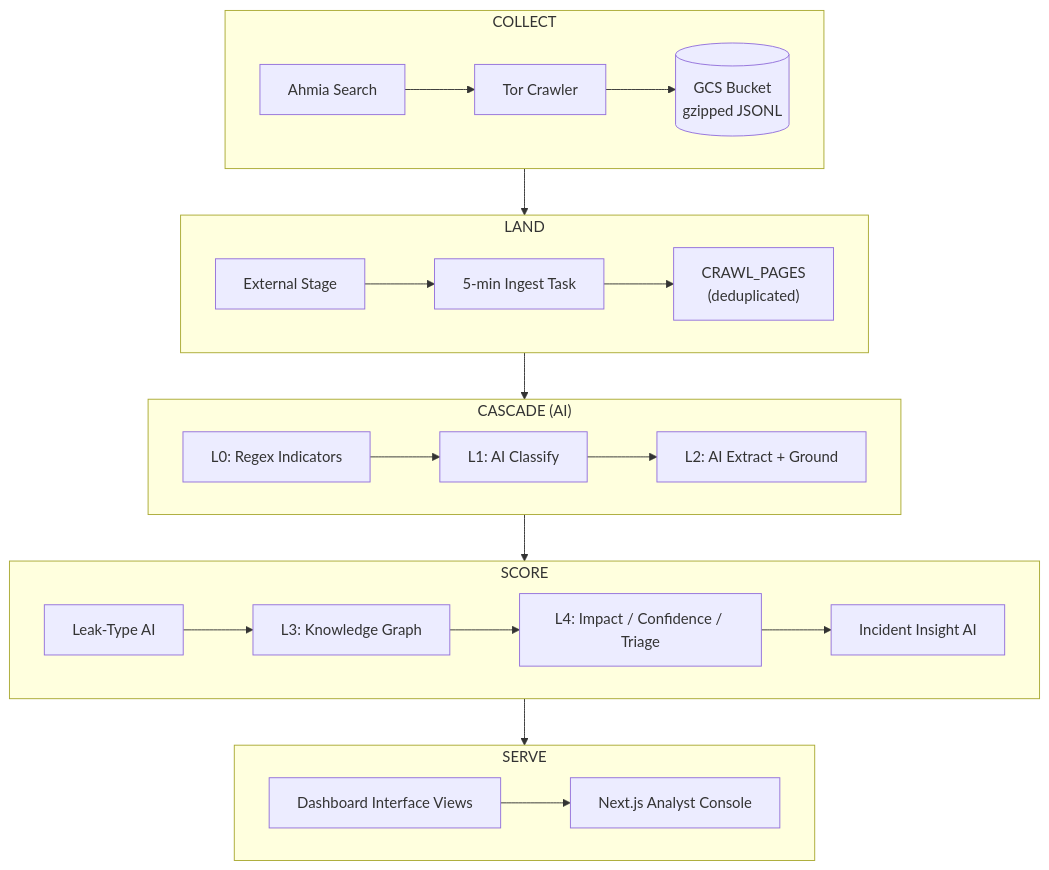
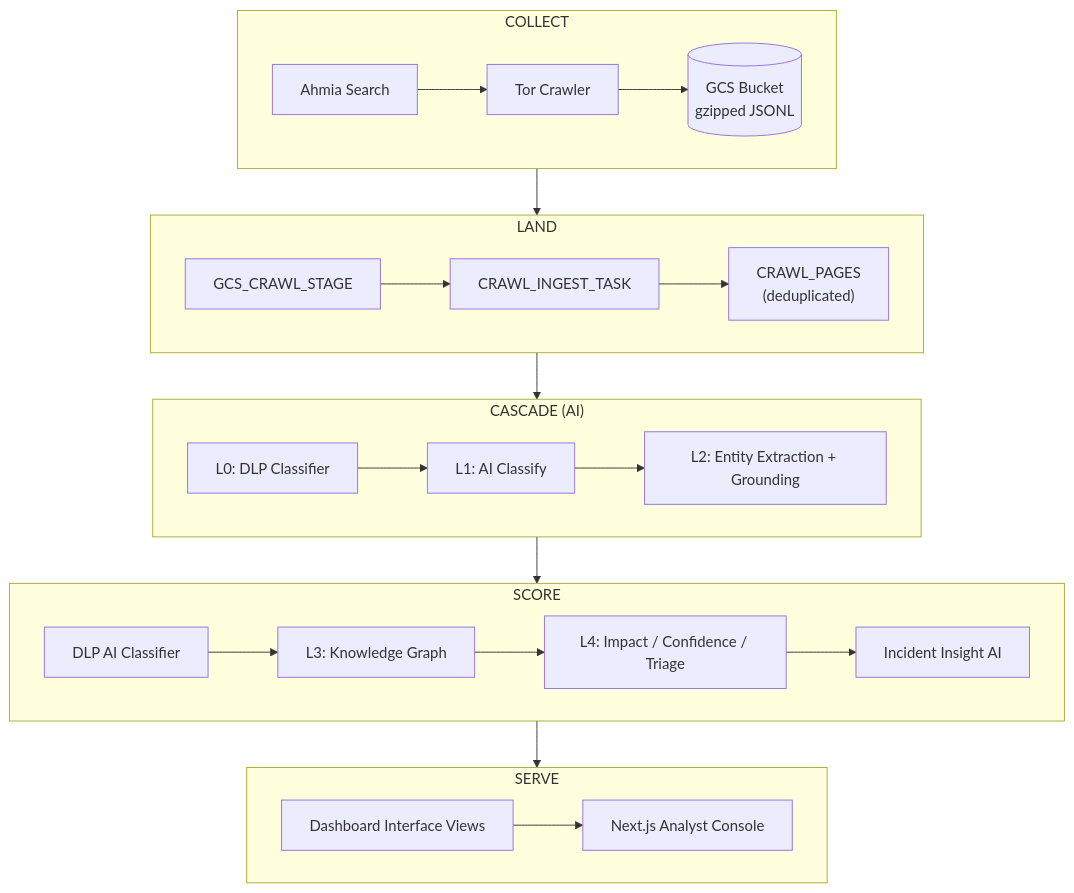
Before and after one commit to Muskankalonia/nocturne: the diagram in README.md, drawn with Mermaid.

Commit message:
Update architecture diagram: use DLP Classifier, Entity Extraction, actual Snowflake object names
.... Generated with [Cortex Code](https://docs.snowflake.com/en/user-guide/cortex-code/cortex-code)

````diff
--- a/README.md
+++ b/README.md
@@ -29,34 +29,34 @@
 ```mermaid
 flowchart TB
   subgraph collect ["COLLECT"]
     direction LR
     Ahmia["Ahmia Search"] --> Crawler["Tor Crawler"]
     Crawler --> GCS[("GCS Bucket\ngzipped JSONL")]
   end
 
   subgraph land ["LAND"]
     direction LR
-    Stage["External Stage"] --> Ingest["5-min Ingest Task"]
+    Stage["GCS_CRAWL_STAGE"] --> Ingest["CRAWL_INGEST_TASK"]
     Ingest --> Raw["CRAWL_PAGES\n(deduplicated)"]
   end
 
   subgraph cascade ["CASCADE (AI)"]
     direction LR
-    L0["L0: Regex Indicators"] --> L1["L1: AI Classify"]
-    L1 --> L2["L2: AI Extract + Ground"]
+    L0["L0: DLP Classifier"] --> L1["L1: AI Classify"]
+    L1 --> L2["L2: Entity Extraction + Grounding"]
   end
 
   subgraph score ["SCORE"]
     direction LR
-    LeakType["Leak-Type AI"] --> KG["L3: Knowledge Graph"]
+    LeakType["DLP AI Classifier"] --> KG["L3: Knowledge Graph"]
     KG --> L4["L4: Impact / Confidence / Triage"]
     L4 --> Insight["Incident Insight AI"]
   end
 
   subgraph serve ["SERVE"]
     direction LR
     Views["Dashboard Interface Views"] --> Console["Next.js Analyst Console"]
   end
 
   collect --> land --> cascade --> score --> serve
 ```
````
